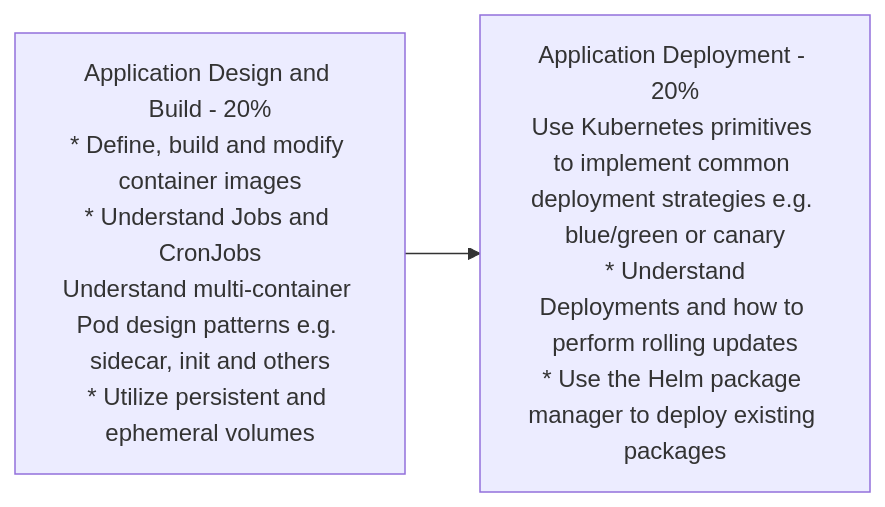
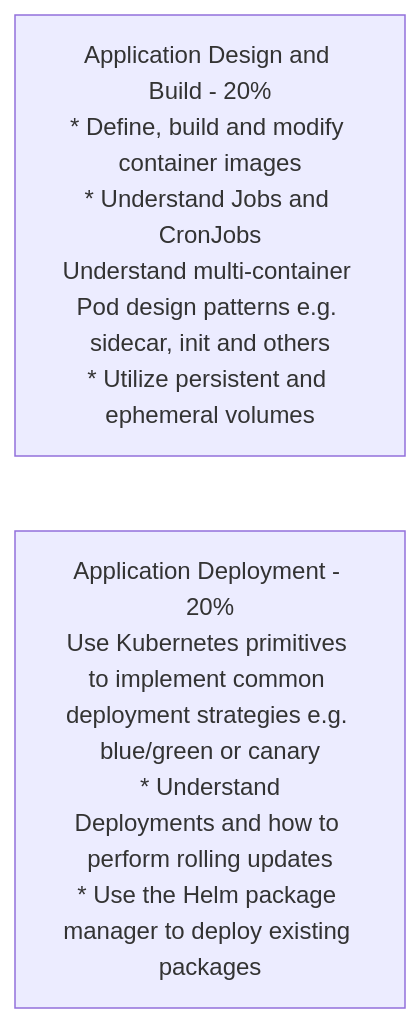
Before and after one commit to edithturn/CKAD-training: the first of 2 diagrams in README.md, drawn with Mermaid. The commit also changed other lines of this file, not shown here.

````diff
--- a/README.md
+++ b/README.md
@@ -13,6 +13,6 @@
 ```mermaid
 flowchart LR
-A[Application Design and Build - 20%<br />* Define, build and modify container images<br />* Understand Jobs and CronJobs<br />Understand multi-container Pod design patterns e.g. sidecar, init and others<br />* Utilize persistent and ephemeral volumes] --> B
+A[Application Design and Build - 20%<br />* Define, build and modify container images<br />* Understand Jobs and CronJobs<br />Understand multi-container Pod design patterns e.g. sidecar, init and others<br />* Utilize persistent and ephemeral volumes]
 
 B[Application Deployment - 20%<br />Use Kubernetes primitives to implement common deployment strategies e.g. blue/green or canary<br /> * Understand Deployments and how to perform rolling updates<br />* Use the Helm package manager to deploy existing packages]
 ```
````
